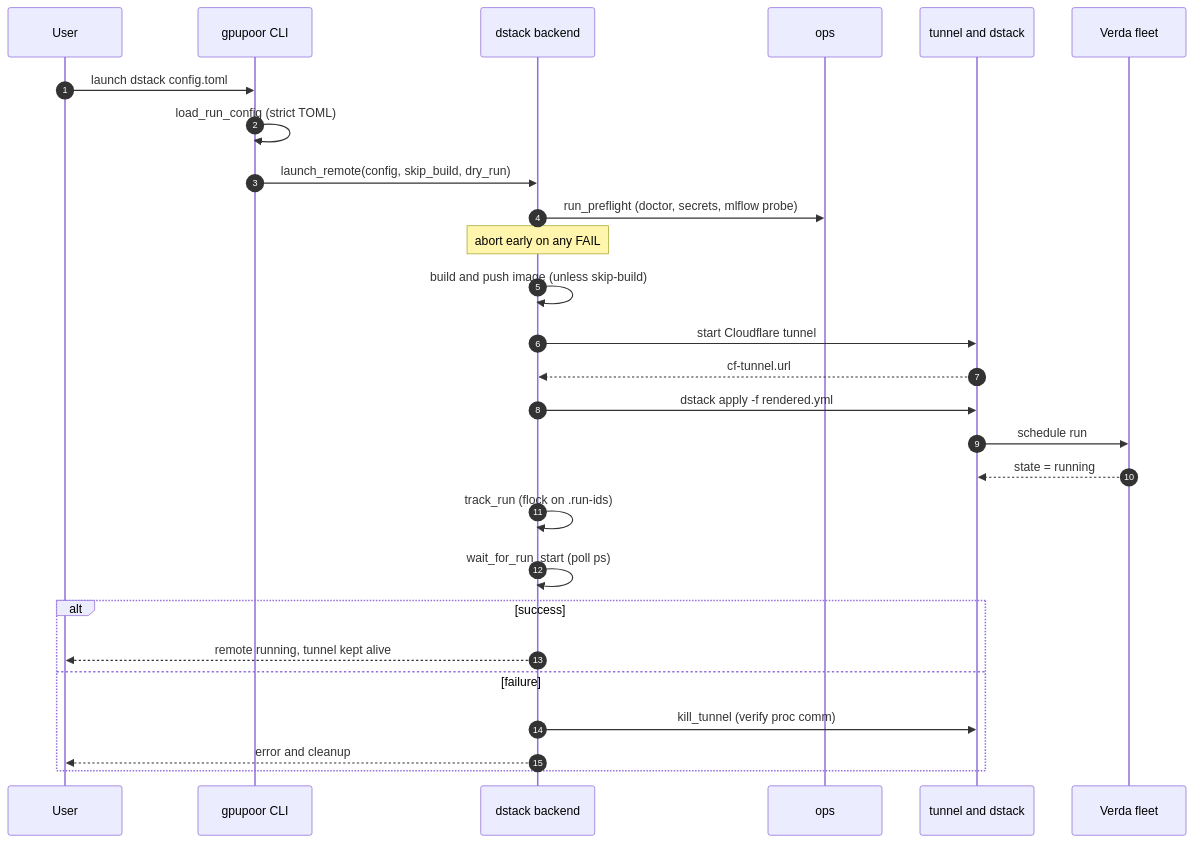
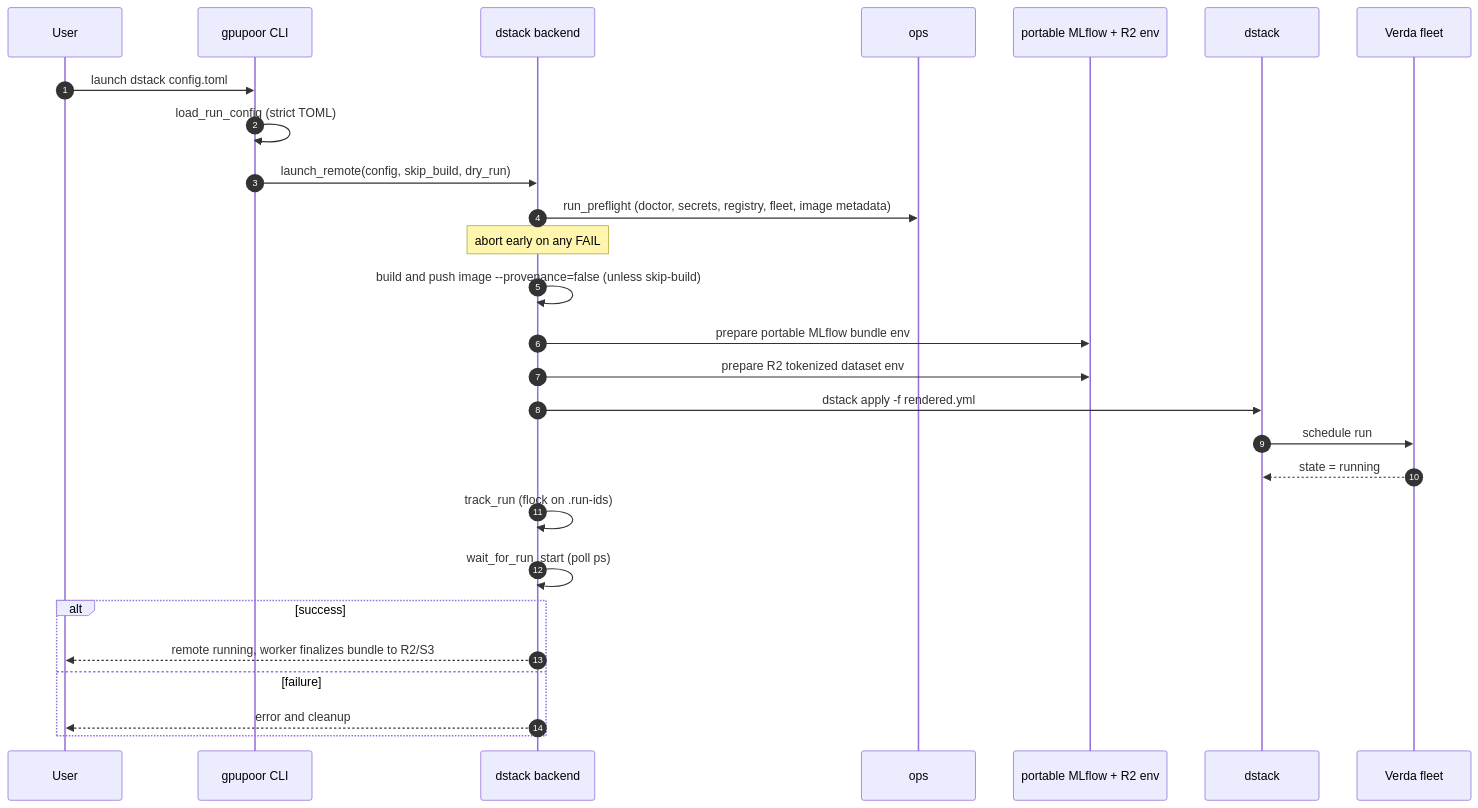
The diagram in docs/diagrams/launch-sequence.mmd (ml-maple-monk/gpu-poor-training-pipeline), drawn with Mermaid before and after one commit. The commit also changed 5 other files, not shown here.

```diff
--- a/docs/diagrams/launch-sequence.mmd
+++ b/docs/diagrams/launch-sequence.mmd
@@ -1,28 +1,28 @@
 sequenceDiagram
     autonumber
     participant U as User
     participant CLI as gpupoor CLI
     participant D as dstack backend
     participant O as ops
-    participant T as tunnel and dstack
+    participant P as portable MLflow + R2 env
+    participant T as dstack
     participant V as Verda fleet
 
     U->>CLI: launch dstack config.toml
     CLI->>CLI: load_run_config (strict TOML)
     CLI->>D: launch_remote(config, skip_build, dry_run)
-    D->>O: run_preflight (doctor, secrets, mlflow probe)
+    D->>O: run_preflight (doctor, secrets, registry, fleet, image metadata)
     Note over D: abort early on any FAIL
-    D->>D: build and push image (unless skip-build)
-    D->>T: start Cloudflare tunnel
-    T-->>D: cf-tunnel.url
+    D->>D: build and push image --provenance=false (unless skip-build)
+    D->>P: prepare portable MLflow bundle env
+    D->>P: prepare R2 tokenized dataset env
     D->>T: dstack apply -f rendered.yml
     T->>V: schedule run
     V-->>T: state = running
     D->>D: track_run (flock on .run-ids)
     D->>D: wait_for_run_start (poll ps)
     alt success
-        D-->>U: remote running, tunnel kept alive
+        D-->>U: remote running, worker finalizes bundle to R2/S3
     else failure
-        D->>T: kill_tunnel (verify proc comm)
         D-->>U: error and cleanup
     end
```
